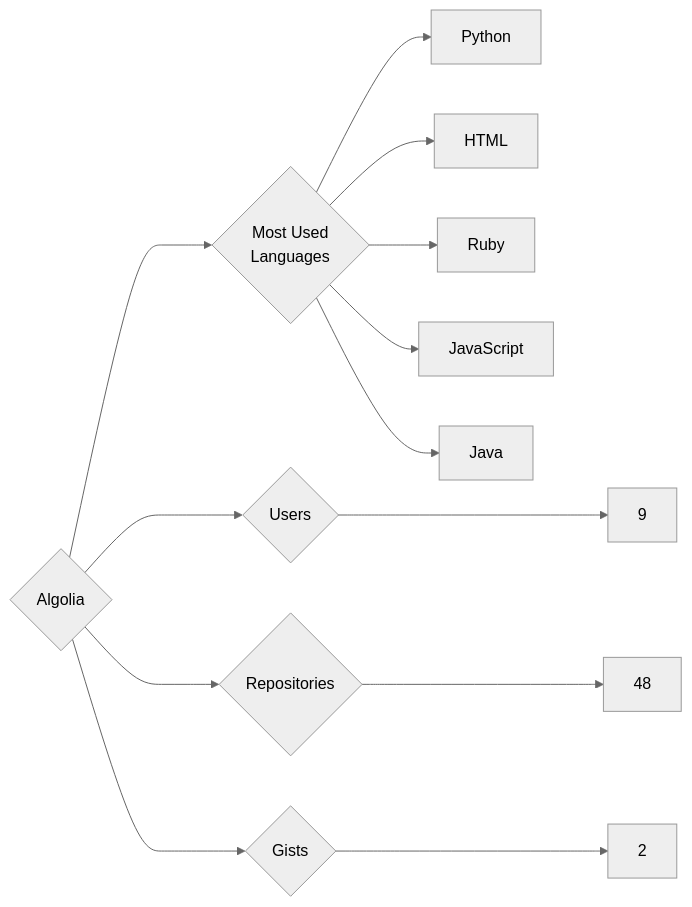
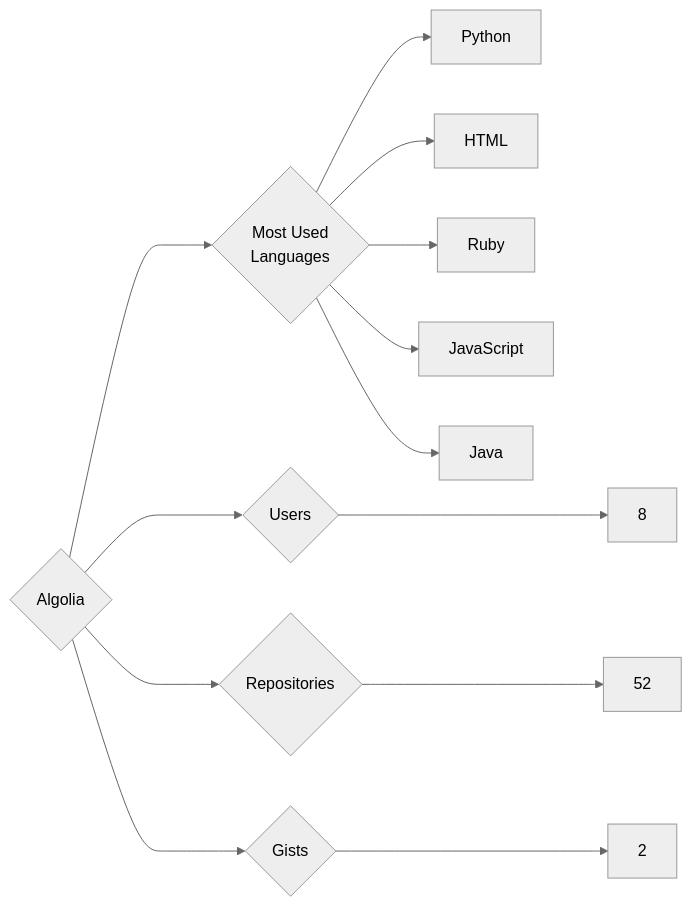
The diagram in targets/Algolia/README.md (trickest/insiders), drawn with Mermaid (neutral theme) before and after one commit. The commit also changed 1078 other files, not shown here.

````diff
--- a/targets/Algolia/README.md
+++ b/targets/Algolia/README.md
@@ -3,13 +3,13 @@
 ```mermaid
 graph LR
 COMPANY_NAME{Algolia}
-COMPANY_NAME ---> U{Users} ---> UN[9]
-COMPANY_NAME ---> R{Repositories} ---> RN[48]
+COMPANY_NAME ---> U{Users} ---> UN[8]
+COMPANY_NAME ---> R{Repositories} ---> RN[52]
 COMPANY_NAME ---> G{Gists} ---> GN[2]
 COMPANY_NAME ---> ML{Most Used<br>Languages}
 ML --> Python[Python]
 ML --> HTML[HTML]
 ML --> Ruby[Ruby]
 ML --> JavaScript[JavaScript]
 ML --> Java[Java]
 ```
````
